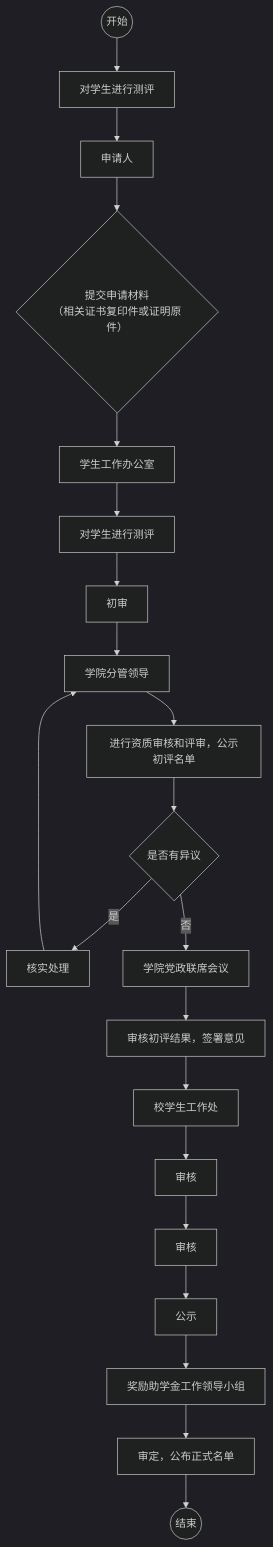
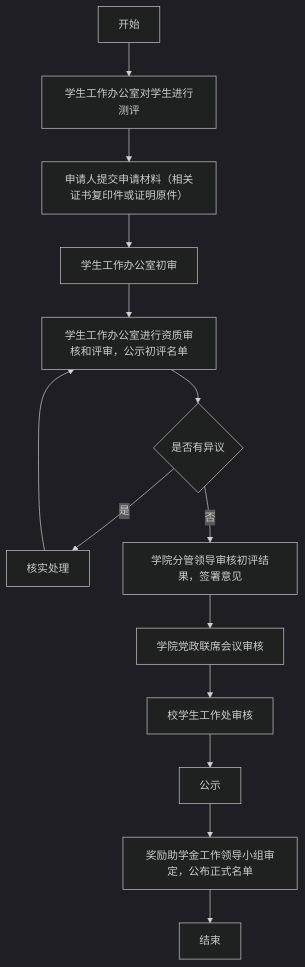
Before and after one commit to AmyIvan/work1: the diagram in outline2flow/mmd_outputs/page_28.mmd, drawn with Mermaid (dark theme). The commit also changed 138 other files, not shown here.

```diff
--- a/outline2flow/mmd_outputs/page_28.mmd
+++ b/outline2flow/mmd_outputs/page_28.mmd
@@ -1,20 +1,13 @@
 flowchart TD
-    Start((开始)) --> A[对学生进行测评]
-    A --> B[申请人]
-    B --> C{提交申请材料<br>（相关证书复印件或证明原件）}
-    C --> D[学生工作办公室]
-    D --> E[对学生进行测评]
-    E --> F[初审]
-    F --> G[学院分管领导]
-    G --> H[进行资质审核和评审，公示初评名单]
-    H --> I{是否有异议}
-    I -->|是| J[核实处理] --> G
-    I -->|否| K[学院党政联席会议]
-    K --> L[审核初评结果，签署意见]
-    L --> M[校学生工作处]
-    M --> N[审核]
-    N --> O[审核]
-    O --> P[公示]
-    P --> Q[奖励助学金工作领导小组]
-    Q --> R[审定，公布正式名单]
-    R --> End((结束))
+    A[开始] --> B[学生工作办公室对学生进行测评]
+    B --> C[申请人提交申请材料（相关证书复印件或证明原件）]
+    C --> D[学生工作办公室初审]
+    D --> E[学生工作办公室进行资质审核和评审，公示初评名单]
+    E --> F{是否有异议}
+    F -->|是| G[核实处理] --> E
+    F -->|否| H[学院分管领导审核初评结果，签署意见]
+    H --> I[学院党政联席会议审核]
+    I --> J[校学生工作处审核]
+    J --> K[公示]
+    K --> L[奖励助学金工作领导小组审定，公布正式名单]
+    L --> M[结束]
```
